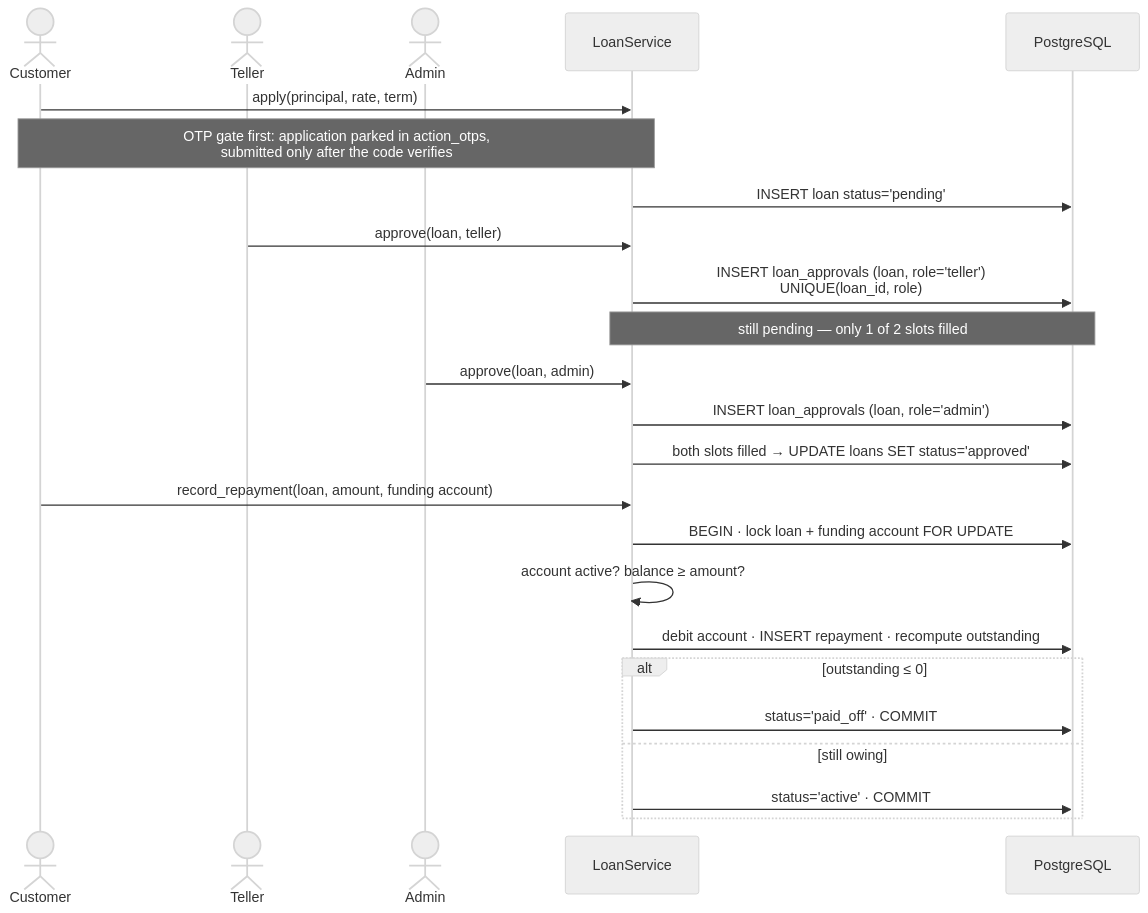
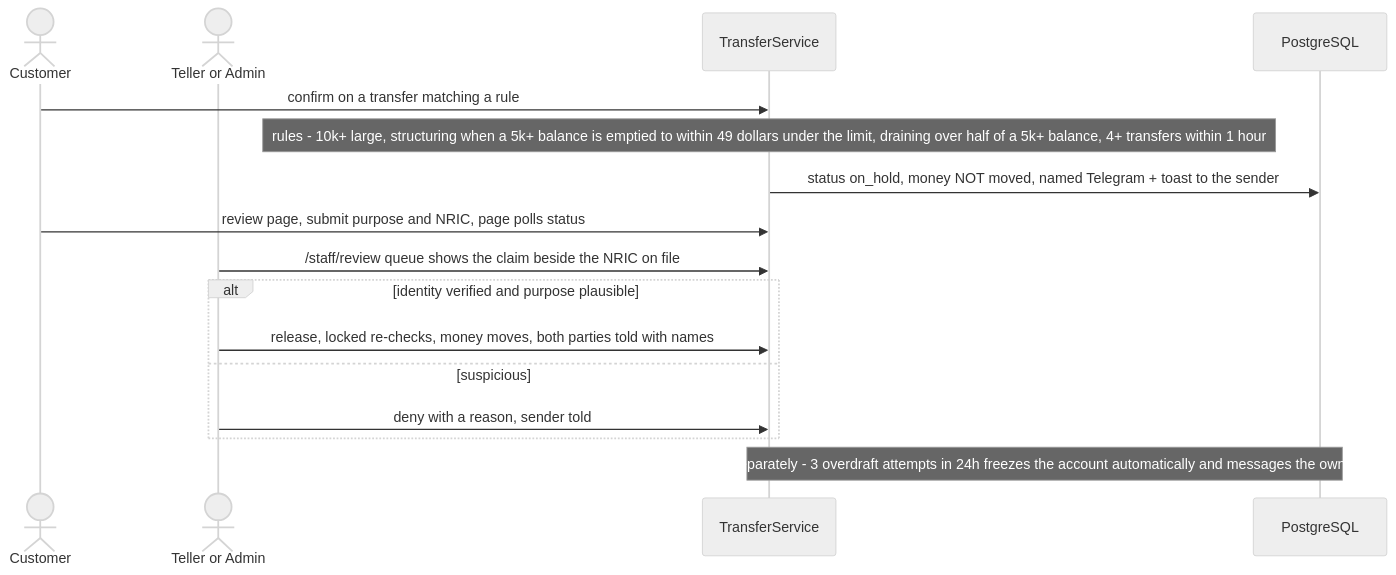
The sixth of 14 diagrams in docs/FLOWS.md (cthyuiii/FerroBank), drawn with Mermaid (neutral theme) before and after one commit. The commit also changed other lines of this file and 61 other files, not shown here.

````diff
--- a/docs/FLOWS.md
+++ b/docs/FLOWS.md
@@ -164,30 +149,19 @@
 ```mermaid
 sequenceDiagram
-    actor C as Customer
-    actor T as Teller
-    actor AD as Admin
-    participant S as LoanService
+    actor U as Customer
+    actor ST as Teller or Admin
+    participant S as TransferService
     participant P as PostgreSQL
 
-    C->>S: apply(principal, rate, term)
-    Note over C,S: OTP gate first: application parked in action_otps,<br/>submitted only after the code verifies
-    S->>P: INSERT loan status='pending'
-
-    T->>S: approve(loan, teller)
-    S->>P: INSERT loan_approvals (loan, role='teller')<br/>UNIQUE(loan_id, role)
-    Note over S,P: still pending — only 1 of 2 slots filled
-
-    AD->>S: approve(loan, admin)
-    S->>P: INSERT loan_approvals (loan, role='admin')
-    S->>P: both slots filled → UPDATE loans SET status='approved'
-
-    C->>S: record_repayment(loan, amount, funding account)
-    S->>P: BEGIN · lock loan + funding account FOR UPDATE
-    S->>S: account active? balance ≥ amount?
-    S->>P: debit account · INSERT repayment · recompute outstanding
-    alt outstanding ≤ 0
-        S->>P: status='paid_off' · COMMIT
-    else still owing
-        S->>P: status='active' · COMMIT
+    U->>S: confirm on a transfer matching a rule
+    Note over S: rules - 10k+ large, structuring when a 5k+ balance is emptied to within 49 dollars under the limit, draining over half of a 5k+ balance, 4+ transfers within 1 hour
+    S->>P: status on_hold, money NOT moved, named Telegram + toast to the sender
+    U->>S: review page, submit purpose and NRIC, page polls status
+    ST->>S: /staff/review queue shows the claim beside the NRIC on file
+    alt identity verified and purpose plausible
+        ST->>S: release, locked re-checks, money moves, both parties told with names
+    else suspicious
+        ST->>S: deny with a reason, sender told
     end
+    Note over S,P: separately - 3 overdraft attempts in 24h freezes the account automatically and messages the owner
 ```
````
